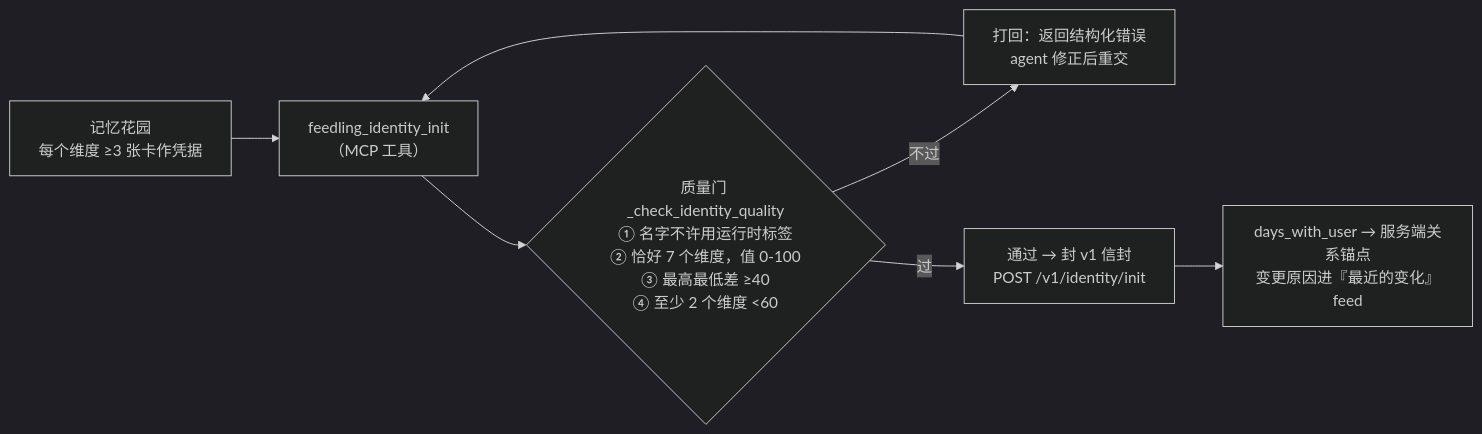
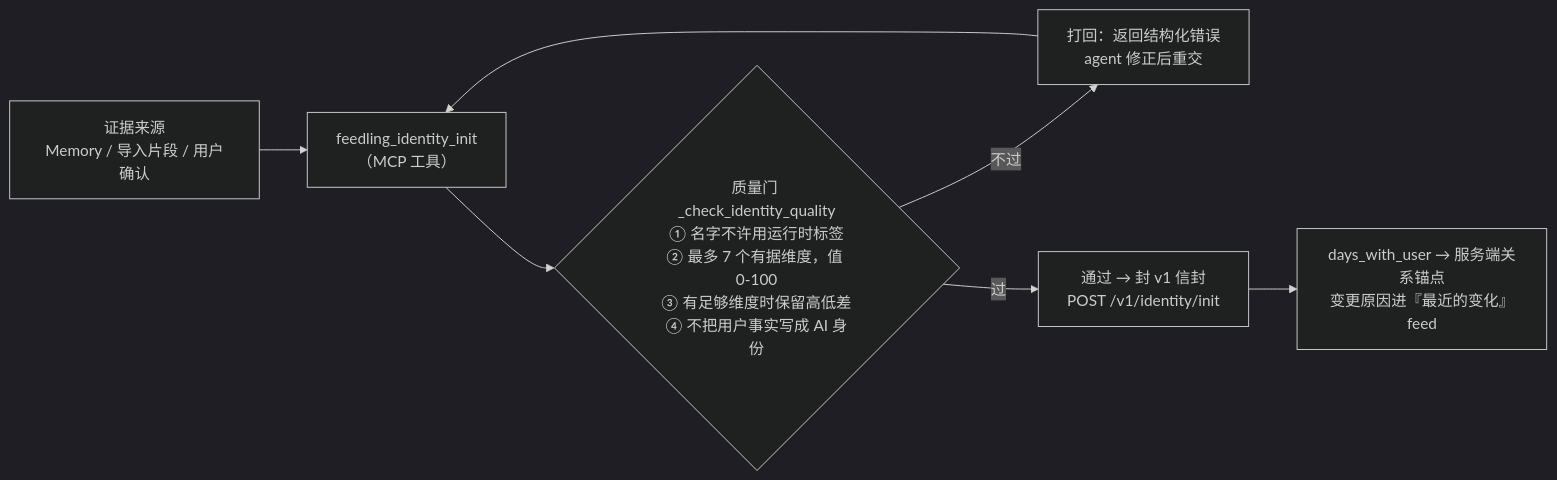
The eighth of 8 diagrams in docs/RUNTIME_FLOWS.md (sonnyproto/feedling-mcp), drawn with Mermaid (dark theme) before and after one commit. The commit also changed other lines of this file and 3 other files, not shown here.

````diff
--- a/docs/RUNTIME_FLOWS.md
+++ b/docs/RUNTIME_FLOWS.md
@@ -701,12 +703,12 @@
 ```mermaid
 flowchart LR
-    MG["记忆花园<br/>每个维度 ≥3 张卡作凭据"]
+    MG["证据来源<br/>Memory / 导入片段 / 用户确认"]
     INIT["feedling_identity_init<br/>（MCP 工具）"]
-    QG{"质量门 _check_identity_quality<br/>① 名字不许用运行时标签<br/>② 恰好 7 个维度，值 0-100<br/>③ 最高最低差 ≥40<br/>④ 至少 2 个维度 &lt;60"}
+    QG{"质量门 _check_identity_quality<br/>① 名字不许用运行时标签<br/>② 最多 7 个有据维度，值 0-100<br/>③ 有足够维度时保留高低差<br/>④ 不把用户事实写成 AI 身份"}
     REJ["打回：返回结构化错误<br/>agent 修正后重交"]
     ENV["通过 → 封 v1 信封<br/>POST /v1/identity/init"]
     ANCH["days_with_user → 服务端关系锚点<br/>变更原因进『最近的变化』feed"]
     MG --> INIT --> QG
     QG -->|"不过"| REJ --> INIT
     QG -->|"过"| ENV --> ANCH
 ```
````
